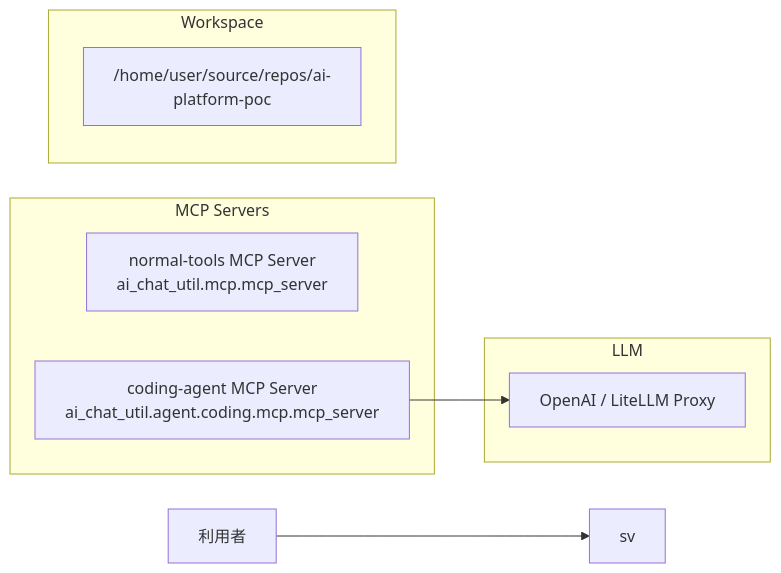
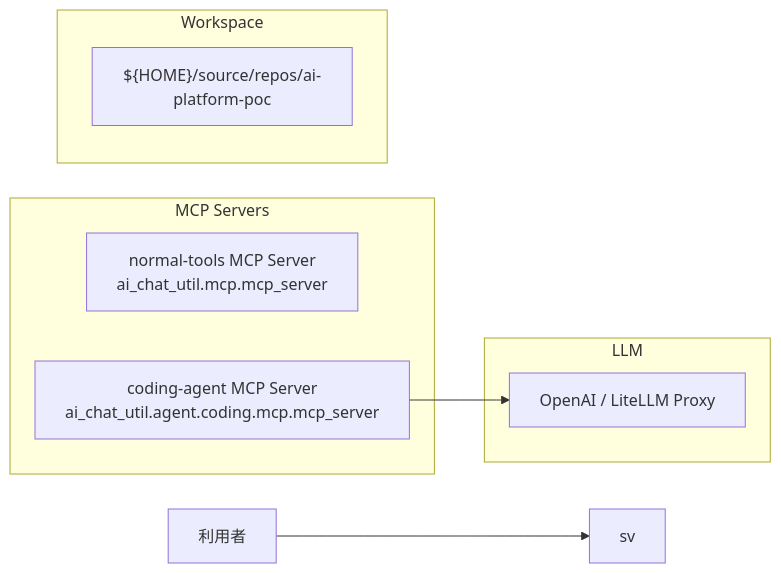
Before and after one commit to knd3dayo/ai-platform-poc: the diagram in docs/11_技術課題検証/T-01-01_コーディングエージェントのMCPサーバー化検証.md, drawn with Mermaid. The commit also changed other lines of this file and 30 other files, not shown here.

````diff
--- a/docs/11_技術課題検証/T-01-01_コーディングエージェントのMCPサーバー化検証.md
+++ b/docs/11_技術課題検証/T-01-01_コーディングエージェントのMCPサーバー化検証.md
@@ -57,20 +57,20 @@
 ```mermaid
 flowchart LR
   user["利用者"]
 
   subgraph mcp_servers["MCP Servers"]
     normal["normal-tools MCP Server<br/>ai_chat_util.mcp.mcp_server"]
 		coding["coding-agent MCP Server<br/>ai_chat_util.agent.coding.mcp.mcp_server"]
   end
 
   subgraph workspace["Workspace"]
-    repo["/home/user/source/repos/ai-platform-poc"]
+		repo["${HOME}/source/repos/ai-platform-poc"]
   end
 
   subgraph llm["LLM"]
     model["OpenAI / LiteLLM Proxy"]
   end
 
   user --> sv
   coding --> model
 ```
````
